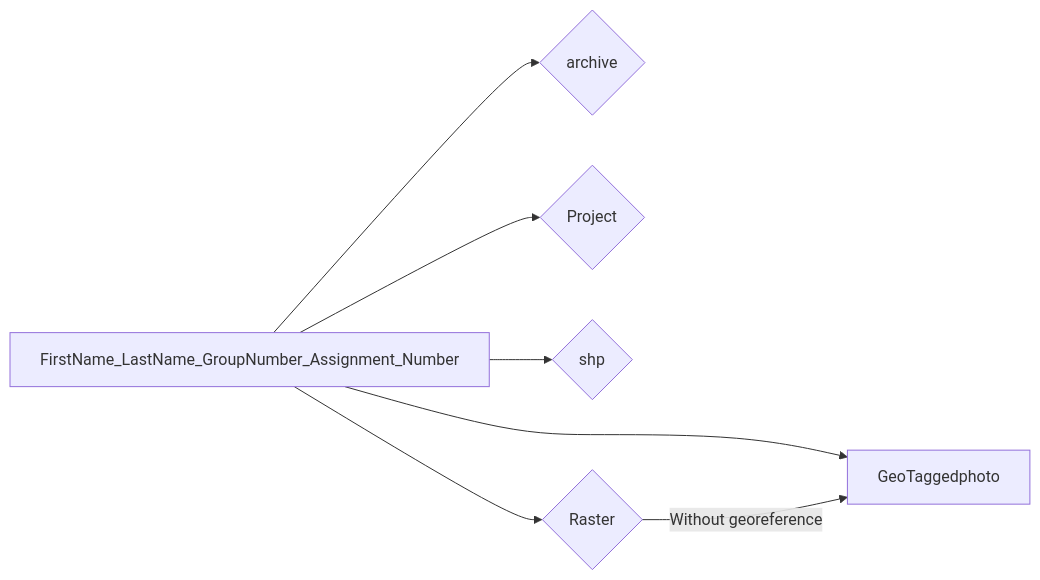
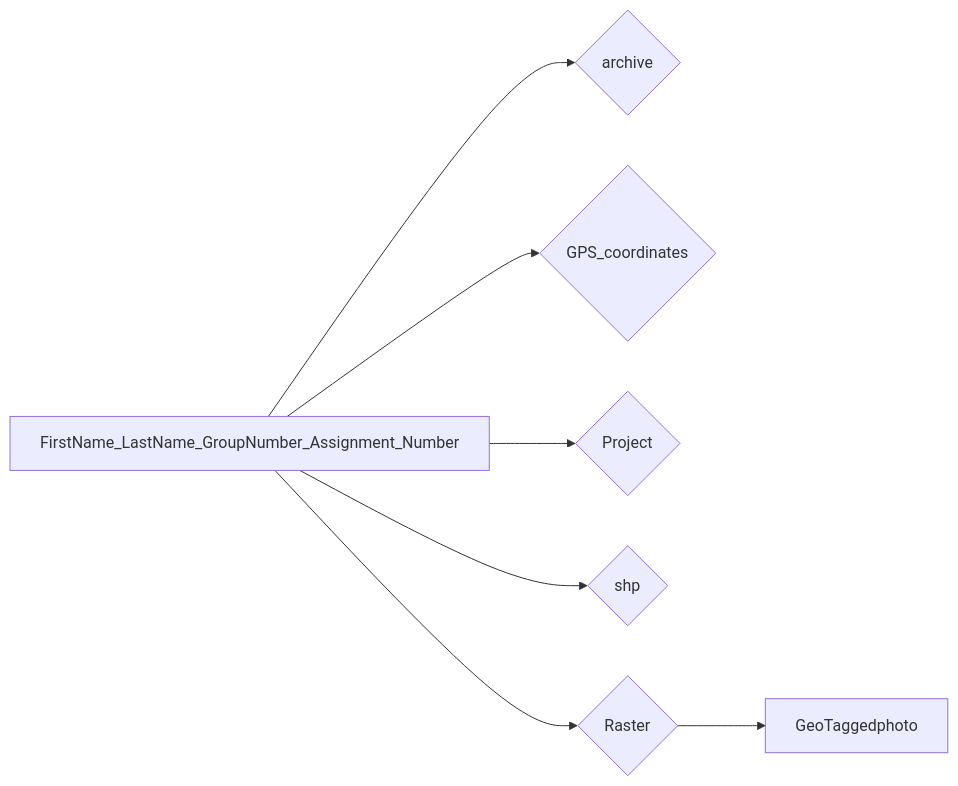
The diagram in docs/ICS_GIS/Lab/GPS.md (ezdanapak/GTU-GIS), drawn with Mermaid before and after one commit. The commit also changed 2 other files, not shown here.

````diff
--- a/docs/ICS_GIS/Lab/GPS.md
+++ b/docs/ICS_GIS/Lab/GPS.md
@@ -60,9 +60,9 @@
 ``` mermaid
 graph LR
   A[FirstName_LastName_GroupNumber_Assignment_Number] --> B{archive};
   A[FirstName_LastName_GroupNumber_Assignment_Number] --> C{GPS_coordinates};
   A[FirstName_LastName_GroupNumber_Assignment_Number] --> D{Project};
-  A[FirstName_LastName_GroupNumber_Assignment_Number] --> F{shp};
-  A[FirstName_LastName_GroupNumber_Assignment_Number] --> E{Raster};
-  E -->|Without georeference| C[GeoTaggedphoto];
+  A[FirstName_LastName_GroupNumber_Assignment_Number] --> E{shp};
+  A[FirstName_LastName_GroupNumber_Assignment_Number] --> F{Raster};
+  F --> J[GeoTaggedphoto];
 ```
````
